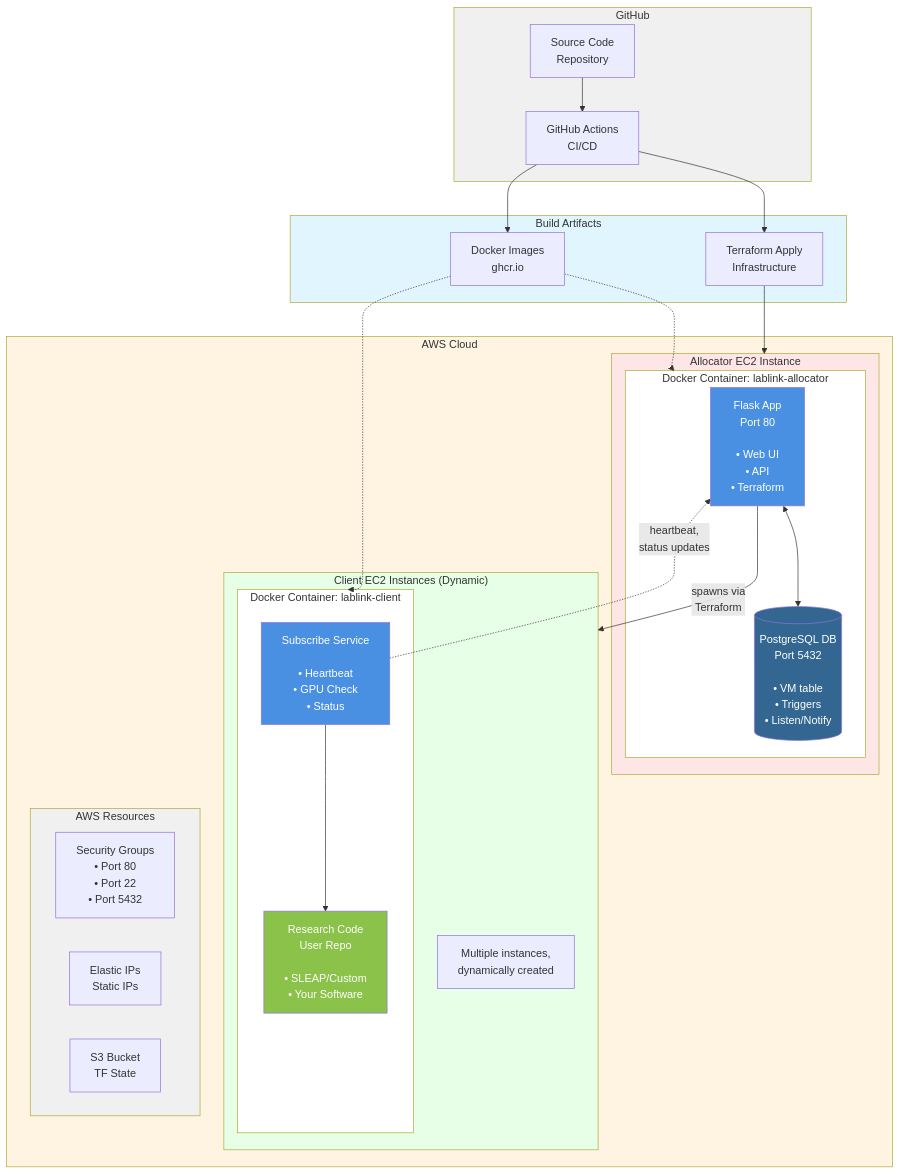
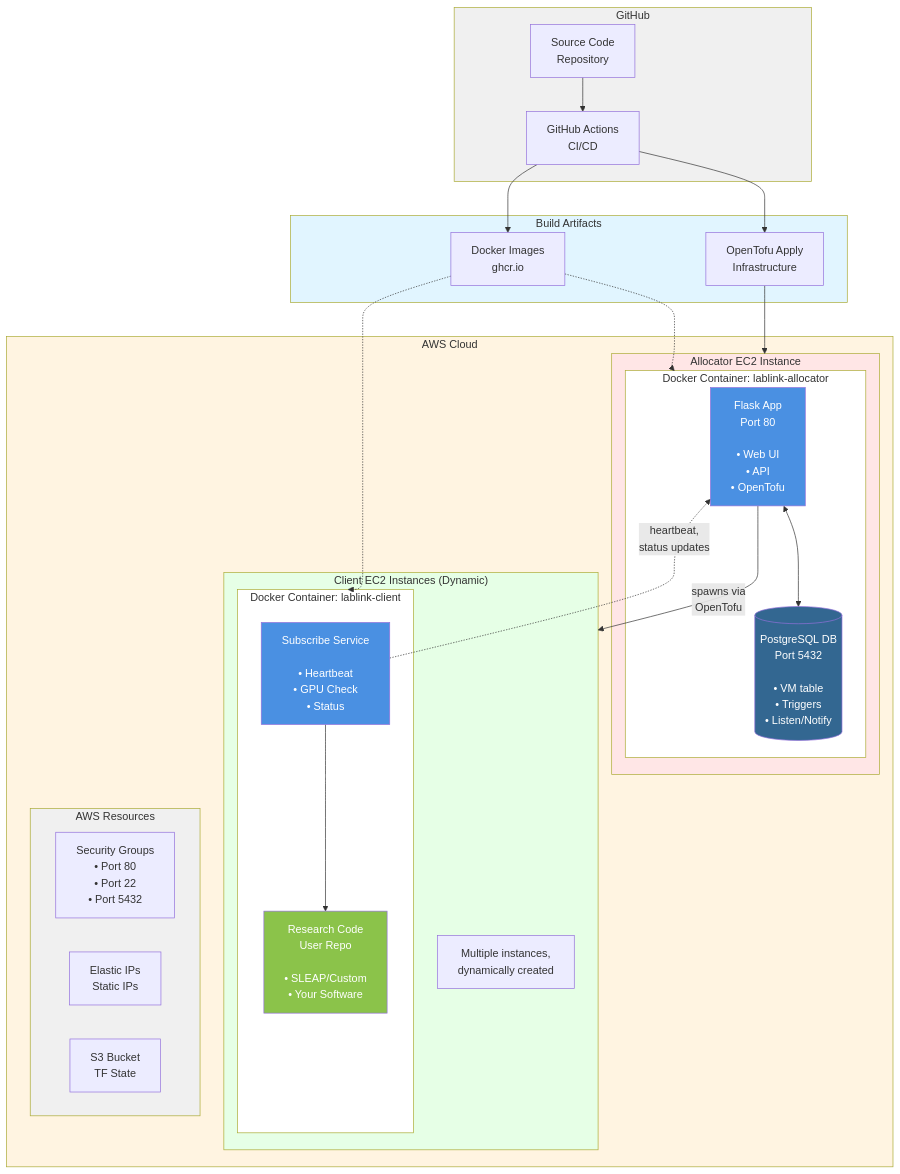
The first of 5 diagrams in docs/architecture.md (talmolab/lablink), drawn with Mermaid before and after one commit. The commit also changed other lines of this file and 23 other files, not shown here.

First line of the commit message:
docs: rewrite Terraform as OpenTofu across the documentation (#447)

````diff
--- a/docs/architecture.md
+++ b/docs/architecture.md
@@ -7,60 +7,60 @@
 ```mermaid
 graph TB
     subgraph GitHub["GitHub"]
         SourceCode[Source Code<br/>Repository]
         Actions[GitHub Actions<br/>CI/CD]
         SourceCode --> Actions
     end
 
     subgraph Artifacts["Build Artifacts"]
         DockerImages[Docker Images<br/>ghcr.io]
-        TerraformDeploy[Terraform Apply<br/>Infrastructure]
+        TofuDeploy[OpenTofu Apply<br/>Infrastructure]
     end
 
     Actions --> DockerImages
-    Actions --> TerraformDeploy
+    Actions --> TofuDeploy
 
     subgraph AWS["AWS Cloud"]
         subgraph AllocatorInstance["Allocator EC2 Instance"]
             subgraph AllocatorContainer["Docker Container: lablink-allocator"]
-                Flask[Flask App<br/>Port 80<br/><br/>• Web UI<br/>• API<br/>• Terraform]
+                Flask[Flask App<br/>Port 80<br/><br/>• Web UI<br/>• API<br/>• OpenTofu]
                 PostgreSQL[(PostgreSQL DB<br/>Port 5432<br/><br/>• VM table<br/>• Triggers<br/>• Listen/Notify)]
                 Flask <--> PostgreSQL
             end
         end
 
         subgraph ClientInstances["Client EC2 Instances (Dynamic)"]
             subgraph ClientContainer["Docker Container: lablink-client"]
                 Subscribe[Subscribe Service<br/><br/>• Heartbeat<br/>• GPU Check<br/>• Status]
                 Research[Research Code<br/>User Repo<br/><br/>• SLEAP/Custom<br/>• Your Software]
                 Subscribe --> Research
             end
             Note[Multiple instances,<br/>dynamically created]
         end
 
         subgraph AWSResources["AWS Resources"]
             SecurityGroups[Security Groups<br/>• Port 80<br/>• Port 22<br/>• Port 5432]
             ElasticIPs[Elastic IPs<br/>Static IPs]
             S3[S3 Bucket<br/>TF State]
         end
     end
 
-    TerraformDeploy --> AllocatorInstance
+    TofuDeploy --> AllocatorInstance
     DockerImages -.-> AllocatorContainer
     DockerImages -.-> ClientContainer
-    Flask -->|spawns via<br/>Terraform| ClientInstances
+    Flask -->|spawns via<br/>OpenTofu| ClientInstances
     Subscribe -.->|heartbeat,<br/>status updates| Flask
 
     style GitHub fill:#f0f0f0
     style Artifacts fill:#e1f5ff
     style AWS fill:#fff4e1
     style AllocatorInstance fill:#ffe6e6
     style AllocatorContainer fill:#fff
     style ClientInstances fill:#e6ffe6
     style ClientContainer fill:#fff
     style AWSResources fill:#f0f0f0
     style Flask fill:#4a90e2,color:#fff
     style PostgreSQL fill:#336791,color:#fff
     style Subscribe fill:#4a90e2,color:#fff
     style Research fill:#8bc34a,color:#fff
 ```
````
